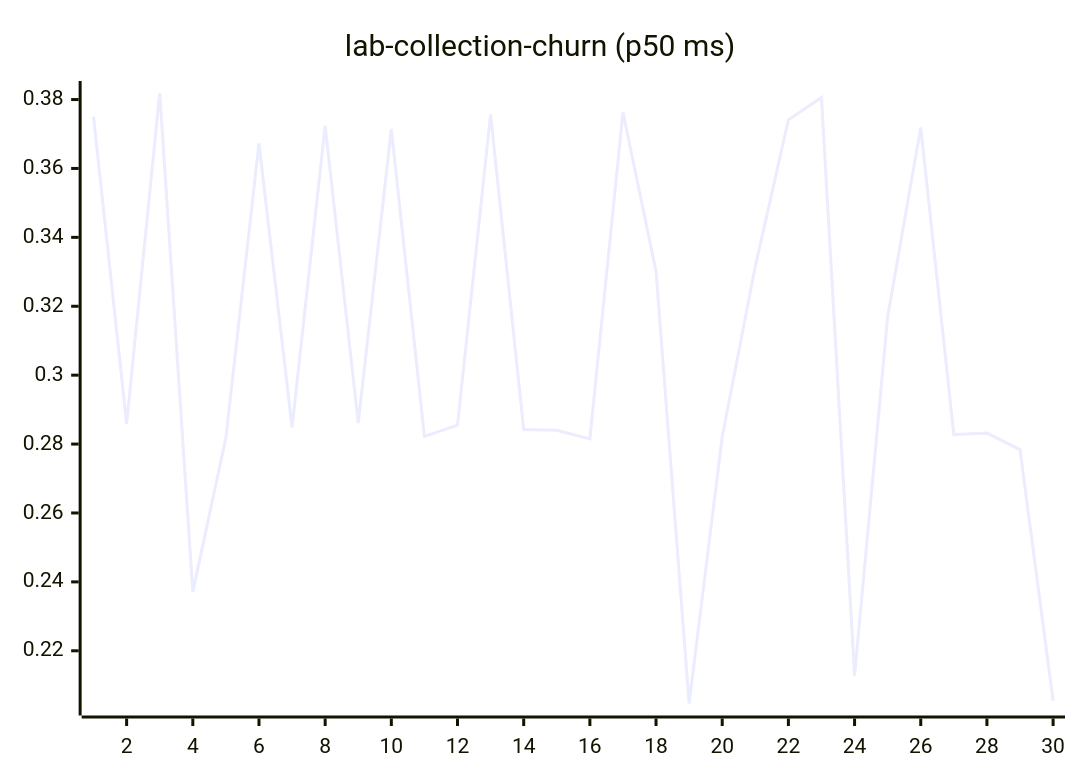
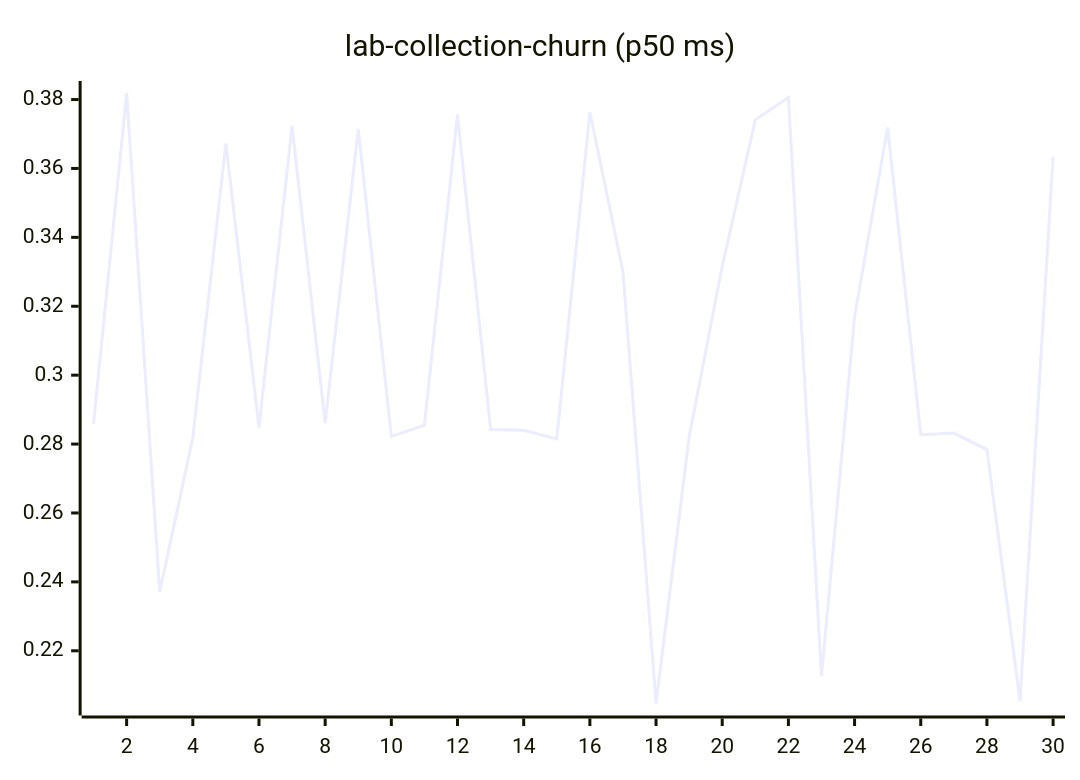
Before and after one commit to josha/Facet: diagram 11 of 27 in README.md, drawn with Mermaid. The commit also changed other lines of this file and 2 other files, not shown here.

````diff
--- a/README.md
+++ b/README.md
@@ -133,6 +133,6 @@
 ```mermaid
 xychart-beta
     title "lab-collection-churn (p50 ms)"
     x-axis 1 --> 30
-    line [0.3750, 0.2859, 0.3819, 0.2371, 0.2818, 0.3673, 0.2848, 0.3724, 0.2861, 0.3715, 0.2822, 0.2855, 0.3757, 0.2842, 0.2840, 0.2815, 0.3763, 0.3301, 0.2047, 0.2821, 0.3316, 0.3741, 0.3806, 0.2127, 0.3170, 0.3719, 0.2827, 0.2832, 0.2784, 0.2055]
+    line [0.2859, 0.3819, 0.2371, 0.2818, 0.3673, 0.2848, 0.3724, 0.2861, 0.3715, 0.2822, 0.2855, 0.3757, 0.2842, 0.2840, 0.2815, 0.3763, 0.3301, 0.2047, 0.2821, 0.3316, 0.3741, 0.3806, 0.2127, 0.3170, 0.3719, 0.2827, 0.2832, 0.2784, 0.2055, 0.3634]
 ```
````
